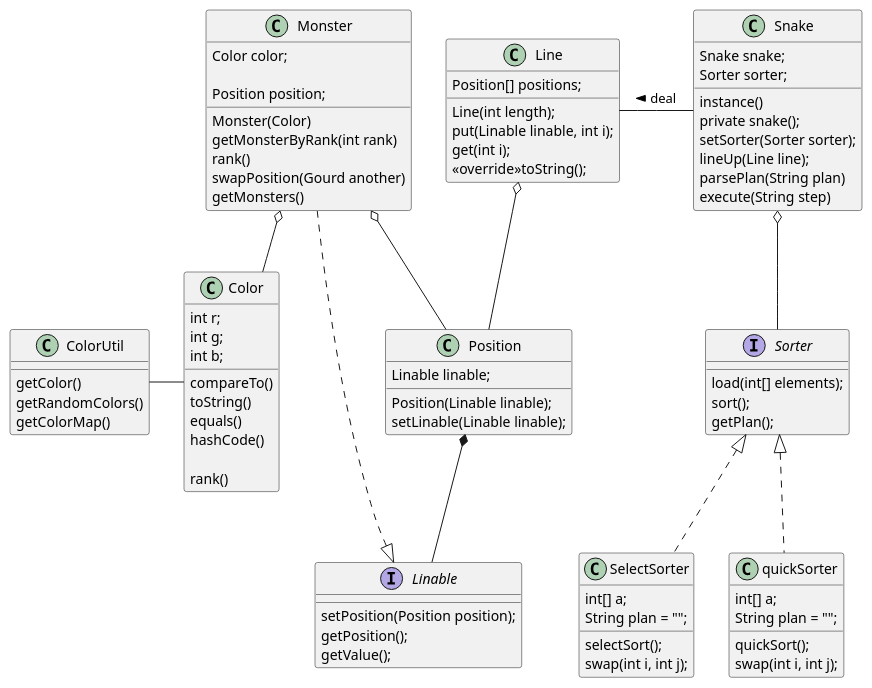
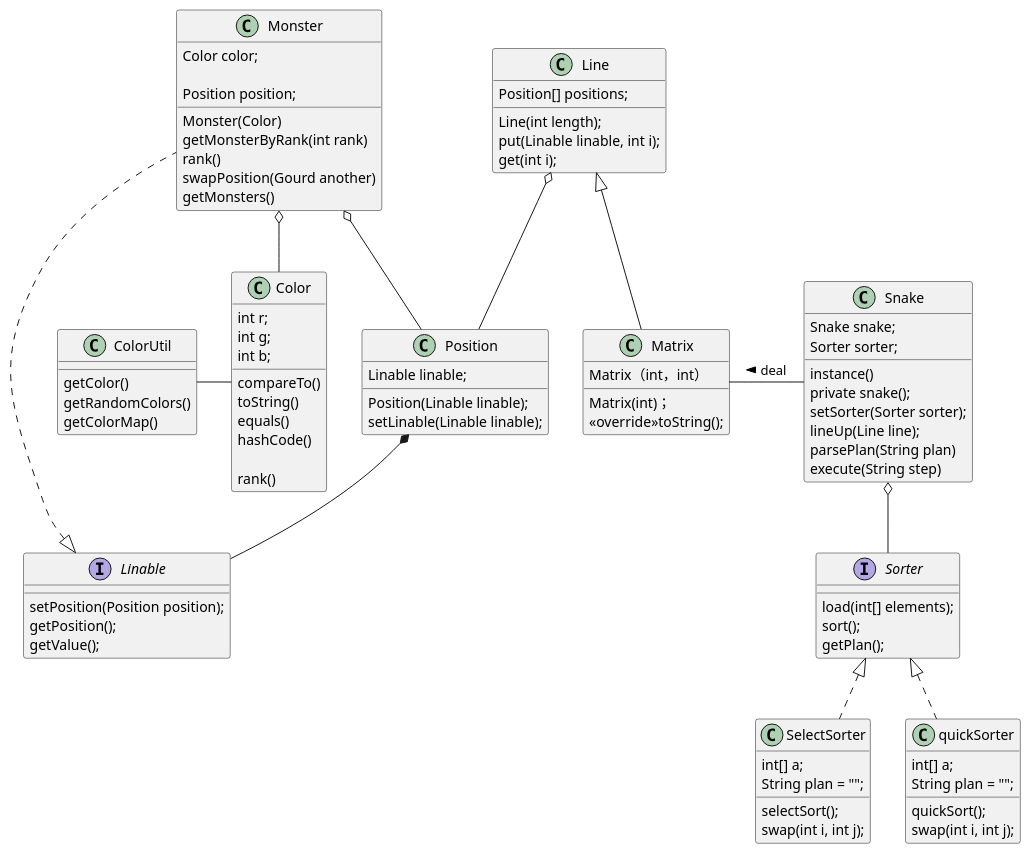
Before and after one commit to jwork-2021-attic/jw02-Jinglong-Liu: the diagram in 191220066/uml/task3/classDiagram.pu, drawn with PlantUML. The commit also changed 6 other files, not shown here.

```diff
--- a/191220066/uml/task3/classDiagram.pu
+++ b/191220066/uml/task3/classDiagram.pu
@@ -1,86 +1,90 @@
 @startuml
 class Color{
     int r;
     int g;
     int b;
     compareTo()
     toString()
     equals()
     hashCode()
 
     rank()
 }
 class ColorUtil{
     getColor()
     getRandomColors()
     getColorMap()
 }
 ColorUtil - Color
 interface Sorter {
 
     load(int[] elements);
     sort();
     getPlan();
     
 }
 class SelectSorter implements Sorter {
     int[] a;
     String plan = "";
     selectSort();
     swap(int i, int j);
 }
 class quickSorter implements Sorter {
     int[] a;
     String plan = "";
     quickSort();
     swap(int i, int j);
 }
 interface Linable {
     setPosition(Position position);
     getPosition();
     getValue();
 }
 class Position {
     Linable linable;
     Position(Linable linable);
     setLinable(Linable linable);
 }
 class Line {
     Position[] positions;
     
     Line(int length);
     put(Linable linable, int i);
     get(int i);
+}
+class Matrix extends Line{
+    Matrix(int)；
+    Matrix（int，int）
     <<override>>toString();
 }
 Line o-- Position
 class Monster implements Linable {
 
     Color color;
     
     Position position;
 
     Monster(Color)
     getMonsterByRank(int rank)
     rank()
     swapPosition(Gourd another)
     
     getMonsters()
 }
 Monster o-- Position
 Monster o-- Color
 Position *-- Linable
 class Snake {
 
     Snake snake;
     Sorter sorter;
     instance()
     private snake();
     setSorter(Sorter sorter);
     lineUp(Line line);
     parsePlan(String plan)
     execute(String step)
 }
 Snake o-- Sorter
-Line - Snake: deal <
+Matrix - Snake: deal <
 @enduml
```
